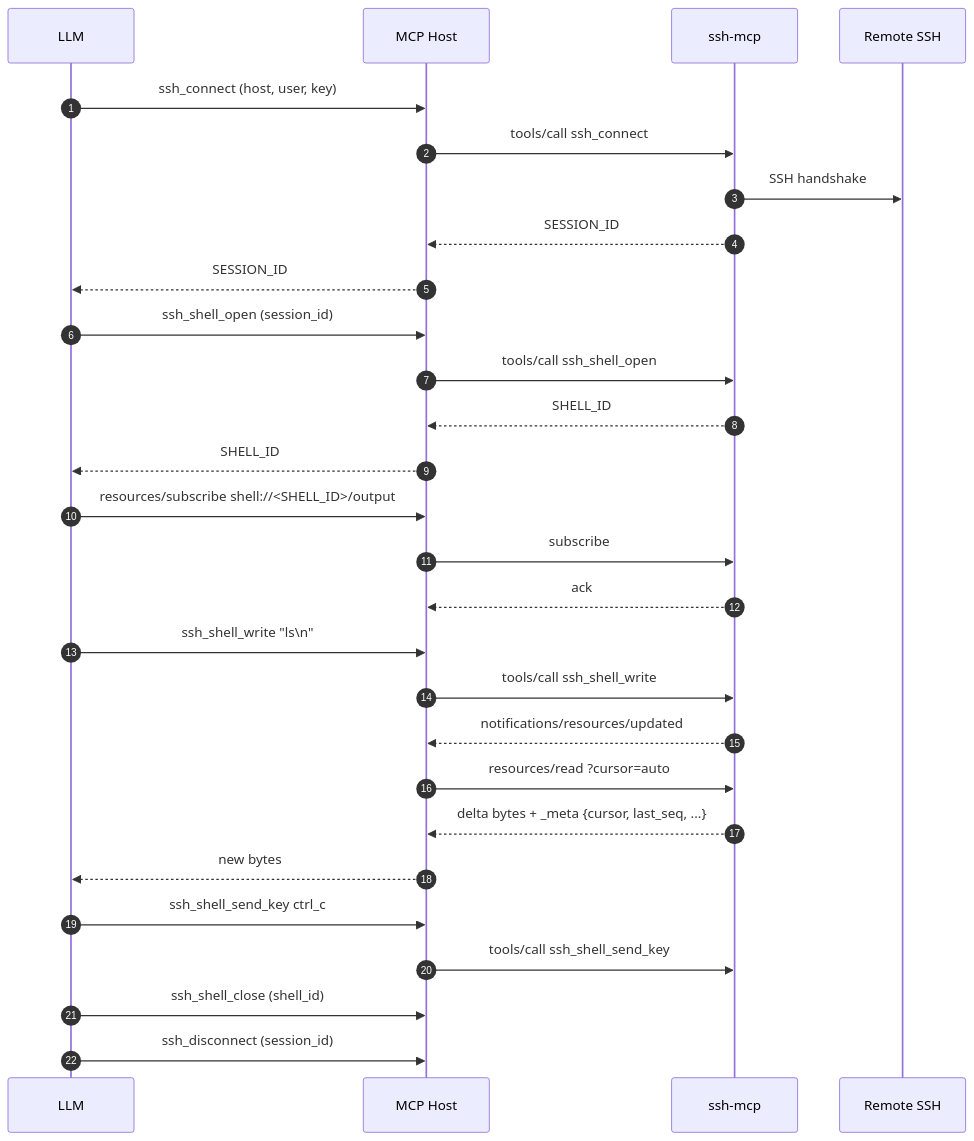
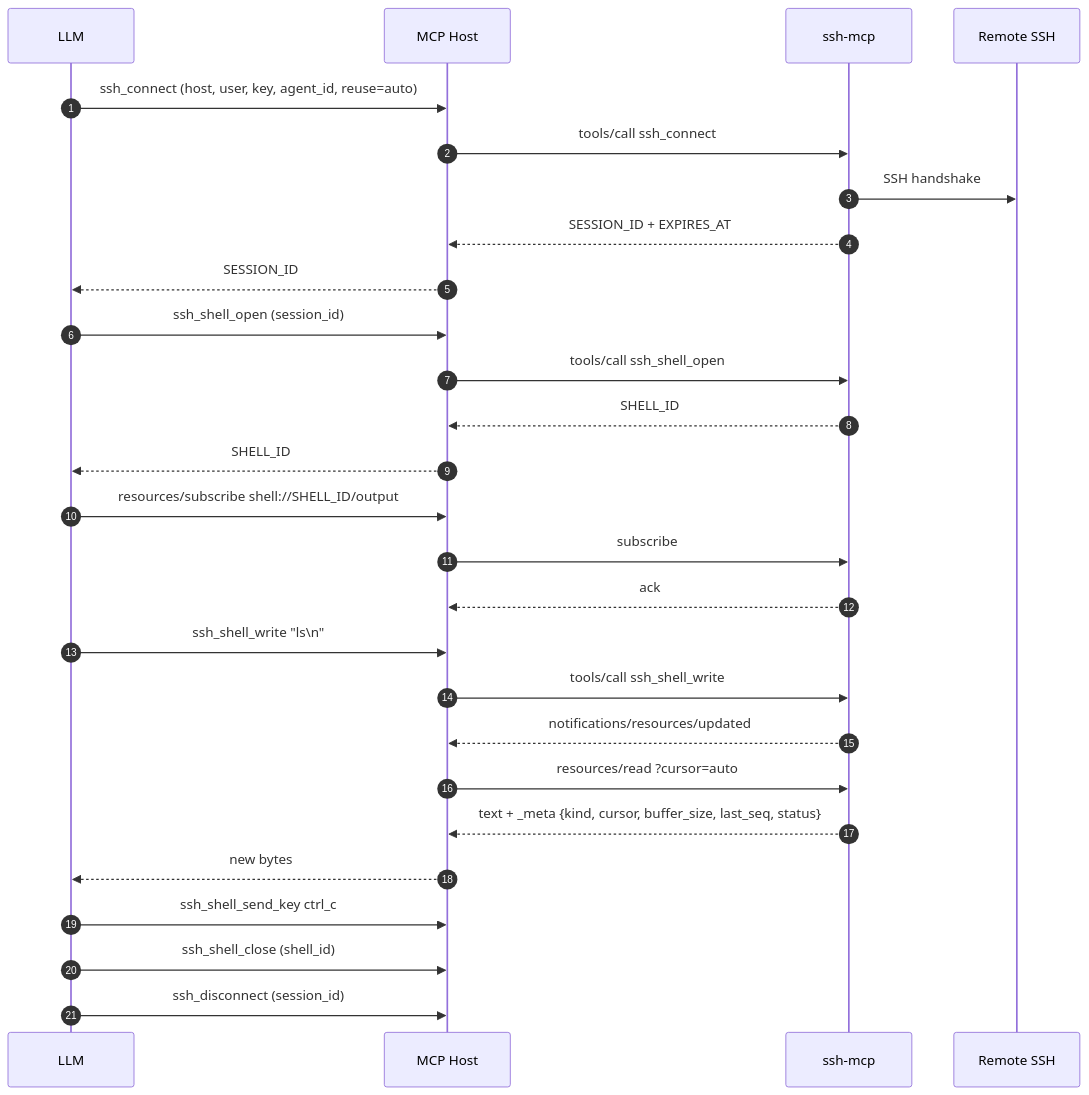
Before and after one commit to farchanjo/ssh-mcp: the first of 2 diagrams in docs/LLM_GUIDE.md, drawn with Mermaid. The commit also changed other lines of this file and 6 other files, not shown here.

First line of the commit message:
docs(v4.5): sync LLM_GUIDE/API/ERRORS/RESOURCES/FLOWS to v4.5.0 surface

````diff
--- a/docs/LLM_GUIDE.md
+++ b/docs/LLM_GUIDE.md
@@ -43,37 +106,35 @@
 ```mermaid
 sequenceDiagram
     autonumber
     participant LLM
     participant Host as MCP Host
     participant Server as ssh-mcp
     participant Remote as Remote SSH
 
-    LLM->>Host: ssh_connect (host, user, key)
+    LLM->>Host: ssh_connect (host, user, key, agent_id, reuse=auto)
     Host->>Server: tools/call ssh_connect
     Server->>Remote: SSH handshake
-    Server-->>Host: SESSION_ID
+    Server-->>Host: SESSION_ID + EXPIRES_AT
     Host-->>LLM: SESSION_ID
 
     LLM->>Host: ssh_shell_open (session_id)
     Host->>Server: tools/call ssh_shell_open
     Server-->>Host: SHELL_ID
     Host-->>LLM: SHELL_ID
 
-    LLM->>Host: resources/subscribe shell://<SHELL_ID>/output
+    LLM->>Host: resources/subscribe shell://SHELL_ID/output
     Host->>Server: subscribe
     Server-->>Host: ack
 
     LLM->>Host: ssh_shell_write "ls\n"
     Host->>Server: tools/call ssh_shell_write
 
     Server-->>Host: notifications/resources/updated
     Host->>Server: resources/read ?cursor=auto
-    Server-->>Host: delta bytes + _meta {cursor, last_seq, ...}
+    Server-->>Host: text + _meta {kind, cursor, buffer_size, last_seq, status}
     Host-->>LLM: new bytes
 
     LLM->>Host: ssh_shell_send_key ctrl_c
-    Host->>Server: tools/call ssh_shell_send_key
-
     LLM->>Host: ssh_shell_close (shell_id)
     LLM->>Host: ssh_disconnect (session_id)
 ```
````
